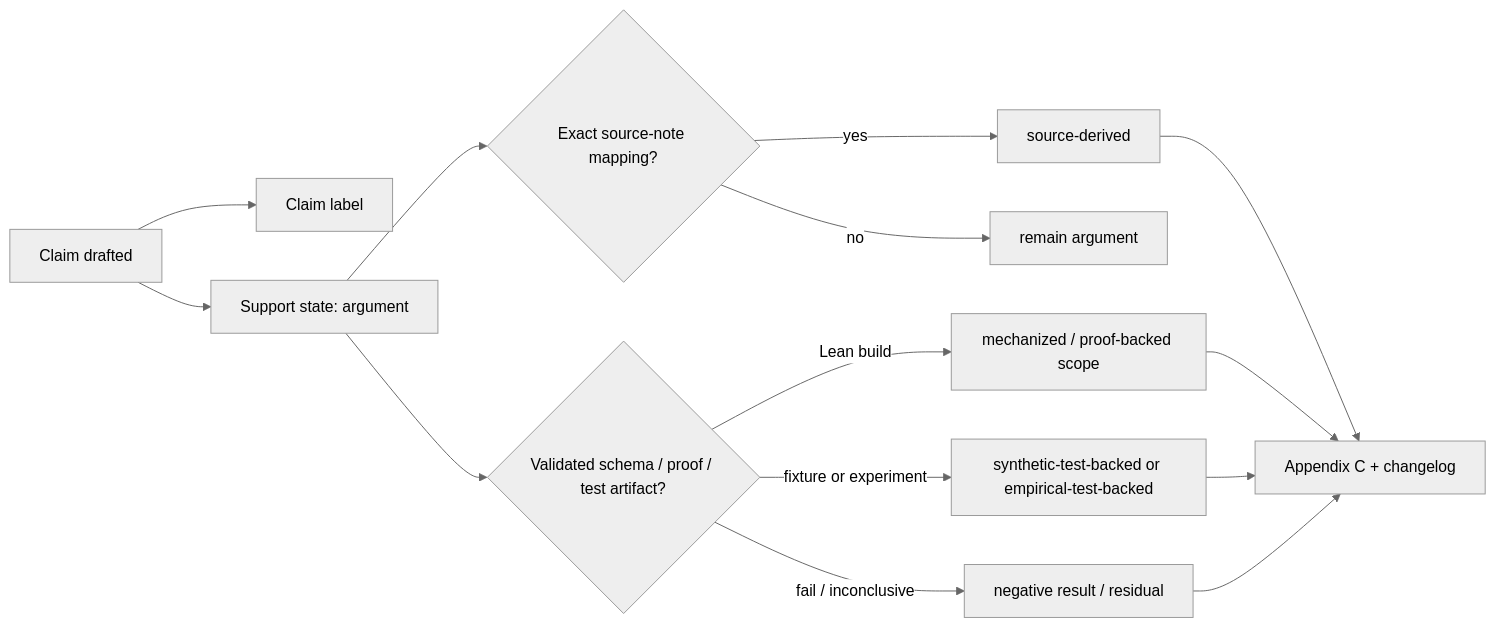
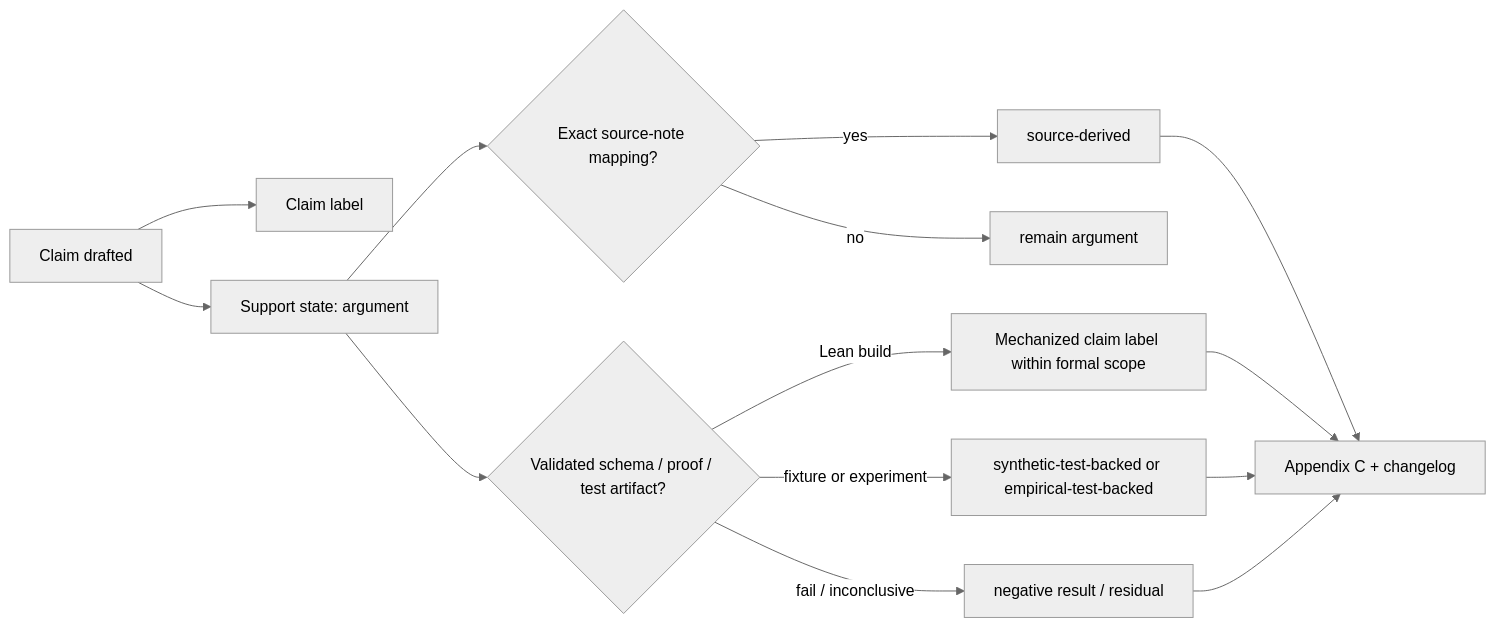
The diagram in chapters/evidence-states-and-claim-discipline.qmd (corbensorenson/asi-stack-book), drawn with Mermaid (neutral theme) before and after one commit. The commit also changed other lines of this file and 13 other files, not shown here.

Commit message:
Revise opening architecture evidence chapters

````diff
--- a/chapters/evidence-states-and-claim-discipline.qmd
+++ b/chapters/evidence-states-and-claim-discipline.qmd
@@ -71,16 +71,16 @@
 ```{mermaid}
 flowchart LR
   A["Claim drafted"] --> B["Claim label"]
   A --> C["Support state: argument"]
   C --> D{"Exact source-note mapping?"}
   D -- "yes" --> E["source-derived"]
   C --> F{"Validated schema / proof / test artifact?"}
-  F -- "Lean build" --> G["mechanized / proof-backed scope"]
+  F -- "Lean build" --> G["Mechanized claim label within formal scope"]
   F -- "fixture or experiment" --> H["synthetic-test-backed or empirical-test-backed"]
   D -- "no" --> I["remain argument"]
   F -- "fail / inconclusive" --> J["negative result / residual"]
   E --> K["Appendix C + changelog"]
   G --> K
   H --> K
   J --> K
 ```
````
